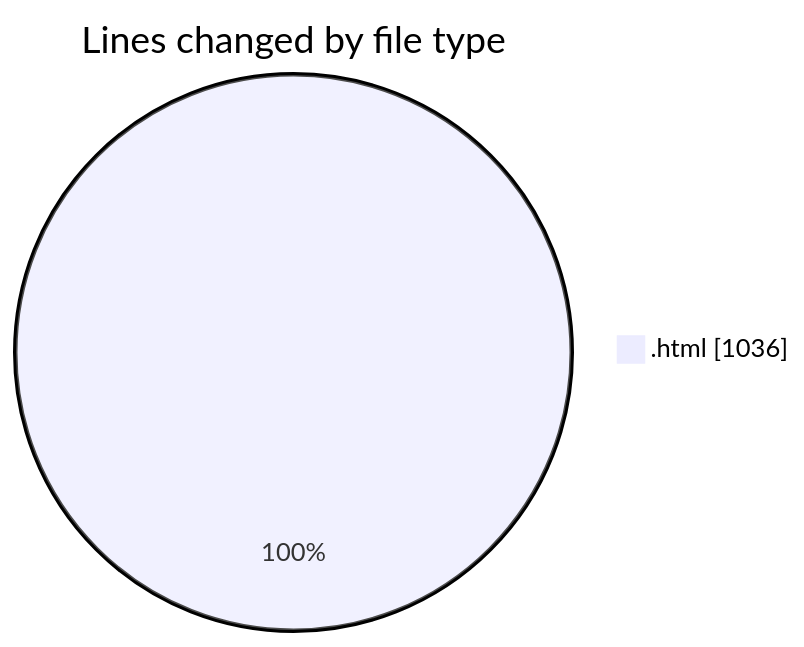
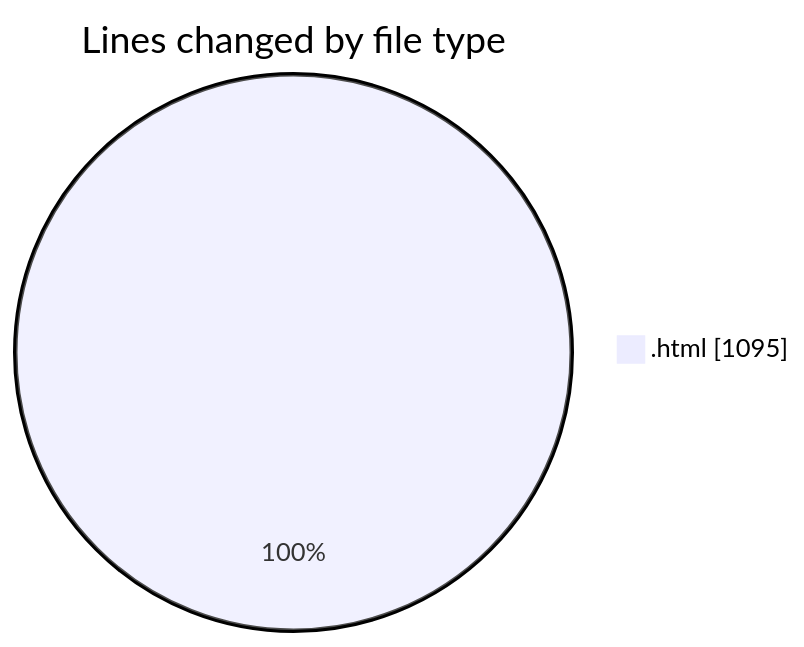
One commit to vahidmafi/code-tracking changed the first of 2 diagrams in 2025-04-17/horizon/README.md. Above: the diagram before and after it, drawn with Mermaid. The commit also changed other lines of this file and 1 other file, not shown here.

````diff
--- a/2025-04-17/horizon/README.md
+++ b/2025-04-17/horizon/README.md
@@ -21,5 +21,5 @@
 ```mermaid
 pie showData
 title Lines changed by file type
-".html" : 1036
+".html" : 1095
 ```
````
